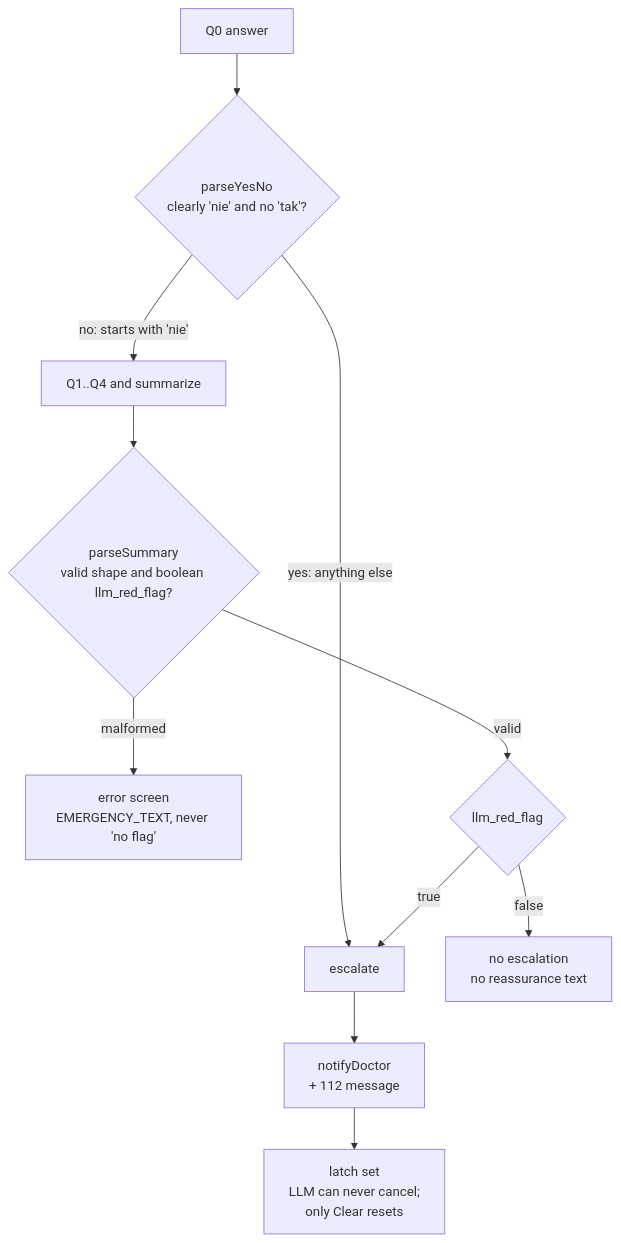
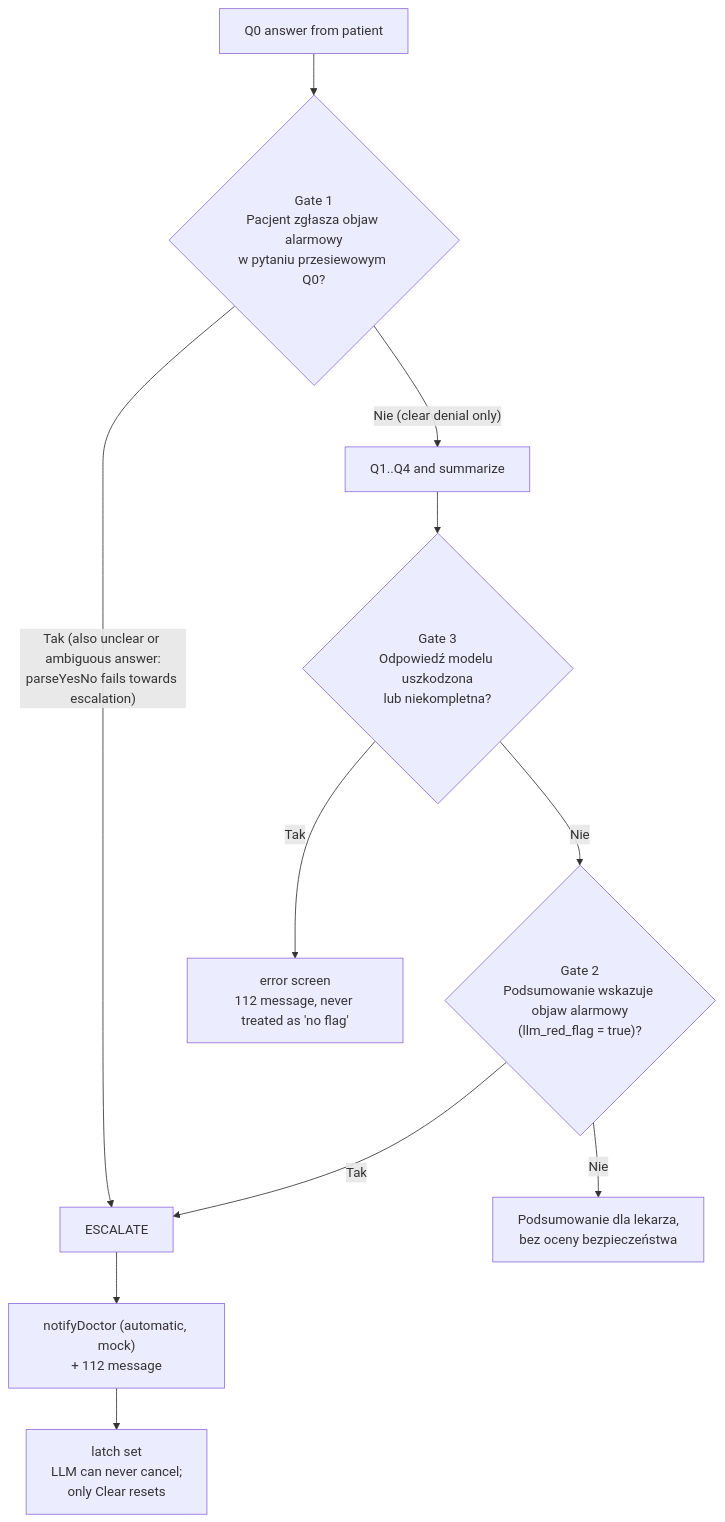
The third of 3 diagrams in docs/design/architecture-diagram.md (m-Jakub/voice-telemedical-interface), drawn with Mermaid before and after one commit. The commit also changed other lines of this file and 1 other file, not shown here.

Commit message:
Clarify escalation diagram gates, add documentation draft

````diff
--- a/docs/design/architecture-diagram.md
+++ b/docs/design/architecture-diagram.md
@@ -82,13 +82,13 @@
 ```mermaid
 flowchart TD
-    A["Q0 answer"] --> P{"parseYesNo<br/>clearly 'nie' and no 'tak'?"}
-    P -->|"no: starts with 'nie'"| Q["Q1..Q4 and summarize"]
-    P -->|"yes: anything else"| E
-    Q --> S{"parseSummary<br/>valid shape and boolean llm_red_flag?"}
-    S -->|"malformed"| X["error screen<br/>EMERGENCY_TEXT, never 'no flag'"]
-    S -->|valid| F{"llm_red_flag"}
-    F -->|true| E["escalate"]
-    F -->|false| N["no escalation<br/>no reassurance text"]
-    E --> D["notifyDoctor<br/>+ 112 message"]
+    A["Q0 answer from patient"] --> G1{"Gate 1<br/>Pacjent zgłasza objaw alarmowy<br/>w pytaniu przesiewowym Q0?"}
+    G1 -->|"Tak (also unclear or ambiguous answer:<br/>parseYesNo fails towards escalation)"| E
+    G1 -->|"Nie (clear denial only)"| Q["Q1..Q4 and summarize"]
+    Q --> G3{"Gate 3<br/>Odpowiedź modelu uszkodzona<br/>lub niekompletna?"}
+    G3 -->|"Tak"| X["error screen<br/>112 message, never treated as 'no flag'"]
+    G3 -->|"Nie"| G2{"Gate 2<br/>Podsumowanie wskazuje objaw alarmowy<br/>(llm_red_flag = true)?"}
+    G2 -->|"Tak"| E["ESCALATE"]
+    G2 -->|"Nie"| N["Podsumowanie dla lekarza,<br/>bez oceny bezpieczeństwa"]
+    E --> D["notifyDoctor (automatic, mock)<br/>+ 112 message"]
     D --> L["latch set<br/>LLM can never cancel;<br/>only Clear resets"]
 ```
````
